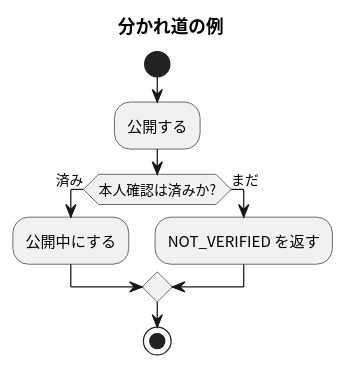
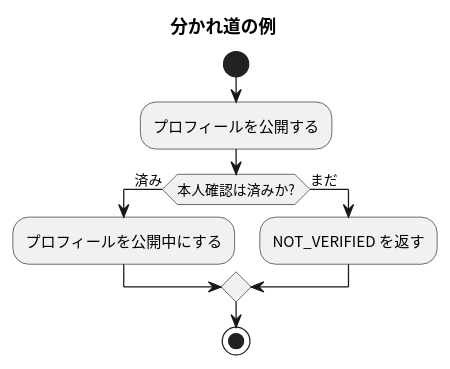
The diagram in docs/examples/分かれ道.puml (masamasamasato/design-doc-template), drawn with PlantUML before and after one commit. The commit also changed 109 other files, not shown here.

```diff
--- a/docs/examples/分かれ道.puml
+++ b/docs/examples/分かれ道.puml
@@ -1,16 +1,16 @@
 @startuml
 skinparam shadowing false
 skinparam defaultFontName "Noto Sans CJK JP"
 skinparam ActivityFontName "Noto Sans CJK JP"
 
 title 分かれ道の例
 
 start
-:公開する;
+:プロフィールを公開する;
 if (本人確認は済みか?) then (済み)
-  :公開中にする;
+  :プロフィールを公開中にする;
 else (まだ)
   :NOT_VERIFIED を返す;
 endif
 stop
 @enduml
```
